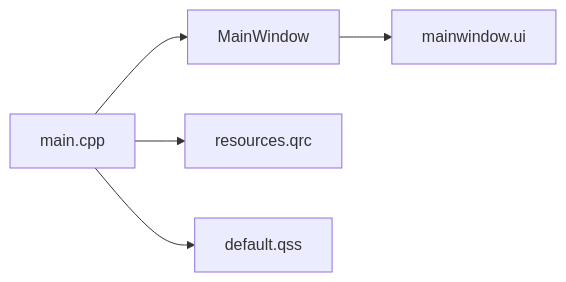
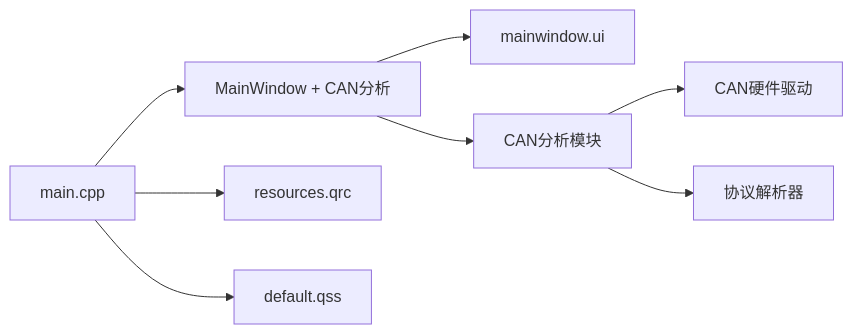
Before and after one commit to jakecai1225-design/OpenBus: the fourth of 4 diagrams in .qoder/repowiki/zh/content/架构设计/主窗口组件架构.md, drawn with Mermaid. The commit also changed other lines of this file and 31 other files, not shown here.

````diff
--- a/.qoder/repowiki/zh/content/架构设计/主窗口组件架构.md
+++ b/.qoder/repowiki/zh/content/架构设计/主窗口组件架构.md
@@ -232,7 +271,10 @@
 ```mermaid
 graph LR
-Main["main.cpp"] --> MW["MainWindow"]
+Main["main.cpp"] --> MW["MainWindow + CAN分析"]
 MW --> UI["mainwindow.ui"]
 Main --> Res["resources.qrc"]
 Main --> QSS["default.qss"]
+MW --> CAN["CAN分析模块"]
+CAN --> Hardware["CAN硬件驱动"]
+CAN --> Protocol["协议解析器"]
 ```
````
